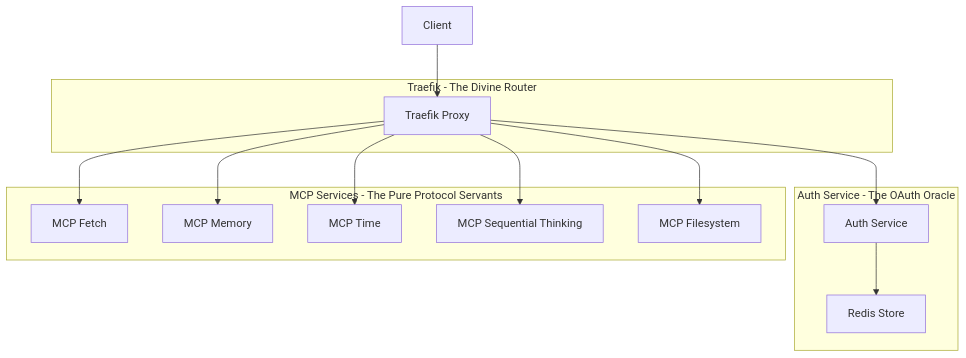
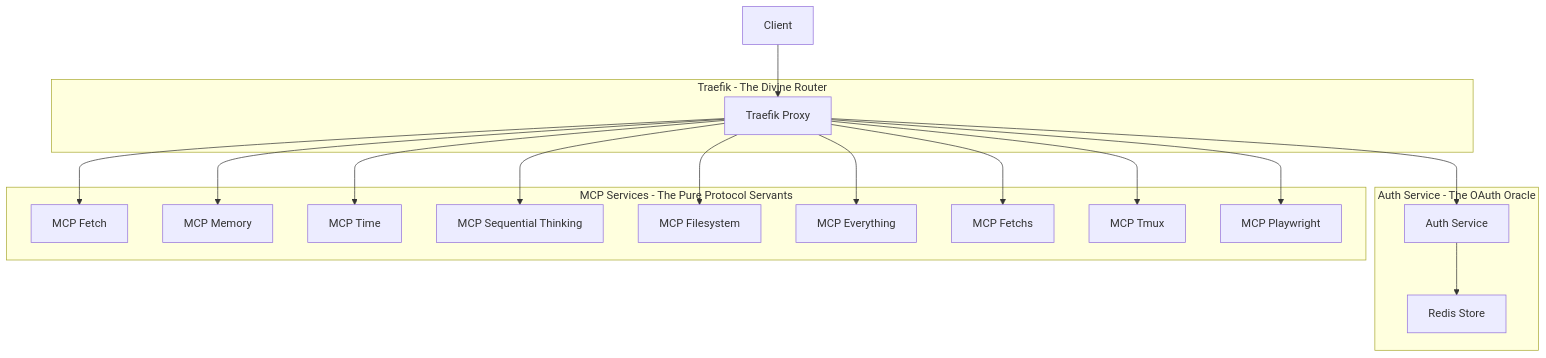
Before and after one commit to atrawog/mcp-oauth-gateway: the diagram in docs/index.md, drawn with Mermaid. The commit also changed other lines of this file and 12 other files, not shown here.

````diff
--- a/docs/index.md
+++ b/docs/index.md
@@ -50,28 +50,36 @@
 ```{mermaid}
 graph TB
     subgraph "Traefik - The Divine Router"
         T[Traefik Proxy]
     end
     
     subgraph "Auth Service - The OAuth Oracle"
         A[Auth Service]
         R[Redis Store]
     end
     
     subgraph "MCP Services - The Pure Protocol Servants"
         M1[MCP Fetch]
         M2[MCP Memory]
         M3[MCP Time]
         M4[MCP Sequential Thinking]
         M5[MCP Filesystem]
+        M6[MCP Everything]
+        M7[MCP Fetchs]
+        M8[MCP Tmux]
+        M9[MCP Playwright]
     end
     
     Client --> T
     T --> A
     T --> M1
     T --> M2
     T --> M3
     T --> M4
     T --> M5
+    T --> M6
+    T --> M7
+    T --> M8
+    T --> M9
     A --> R
 ```
````
